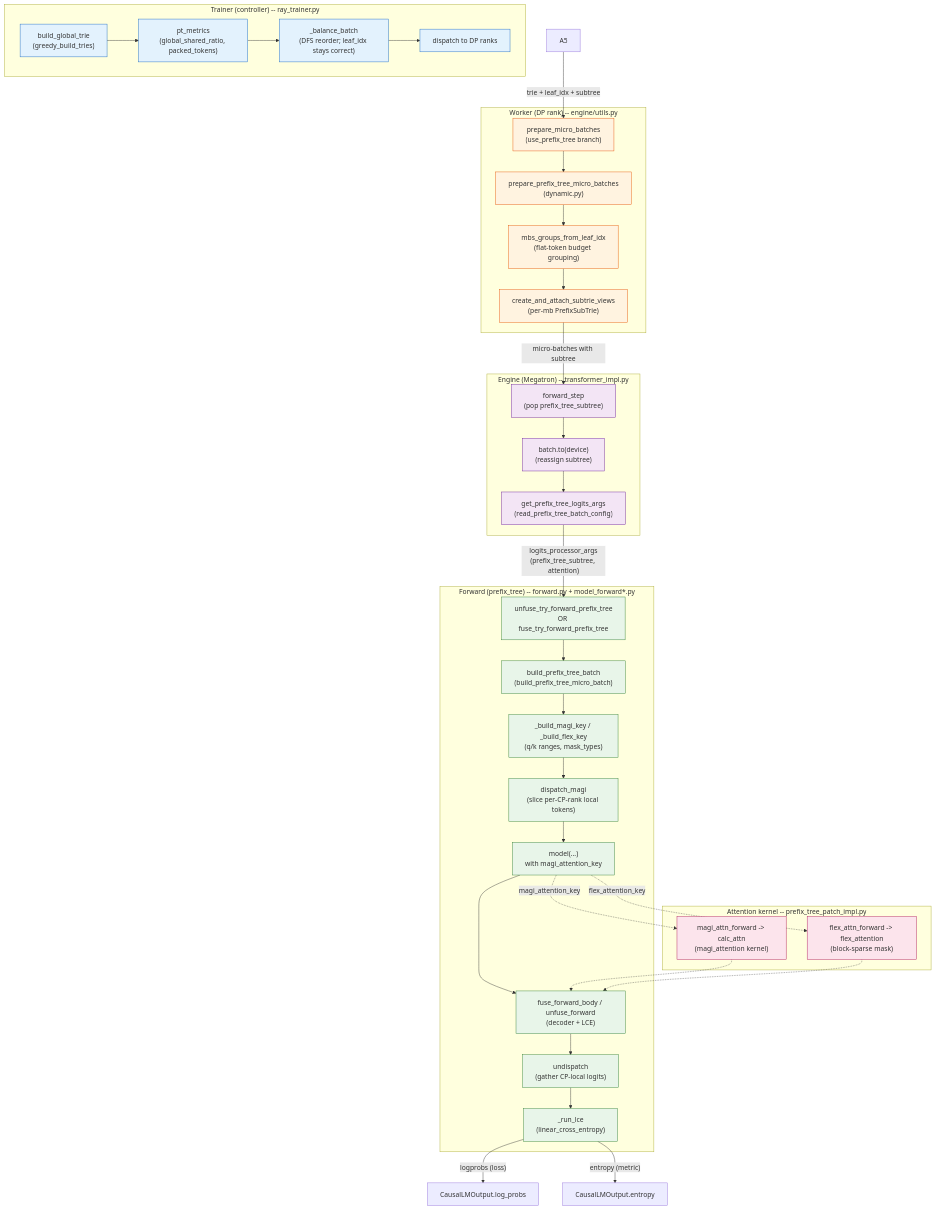
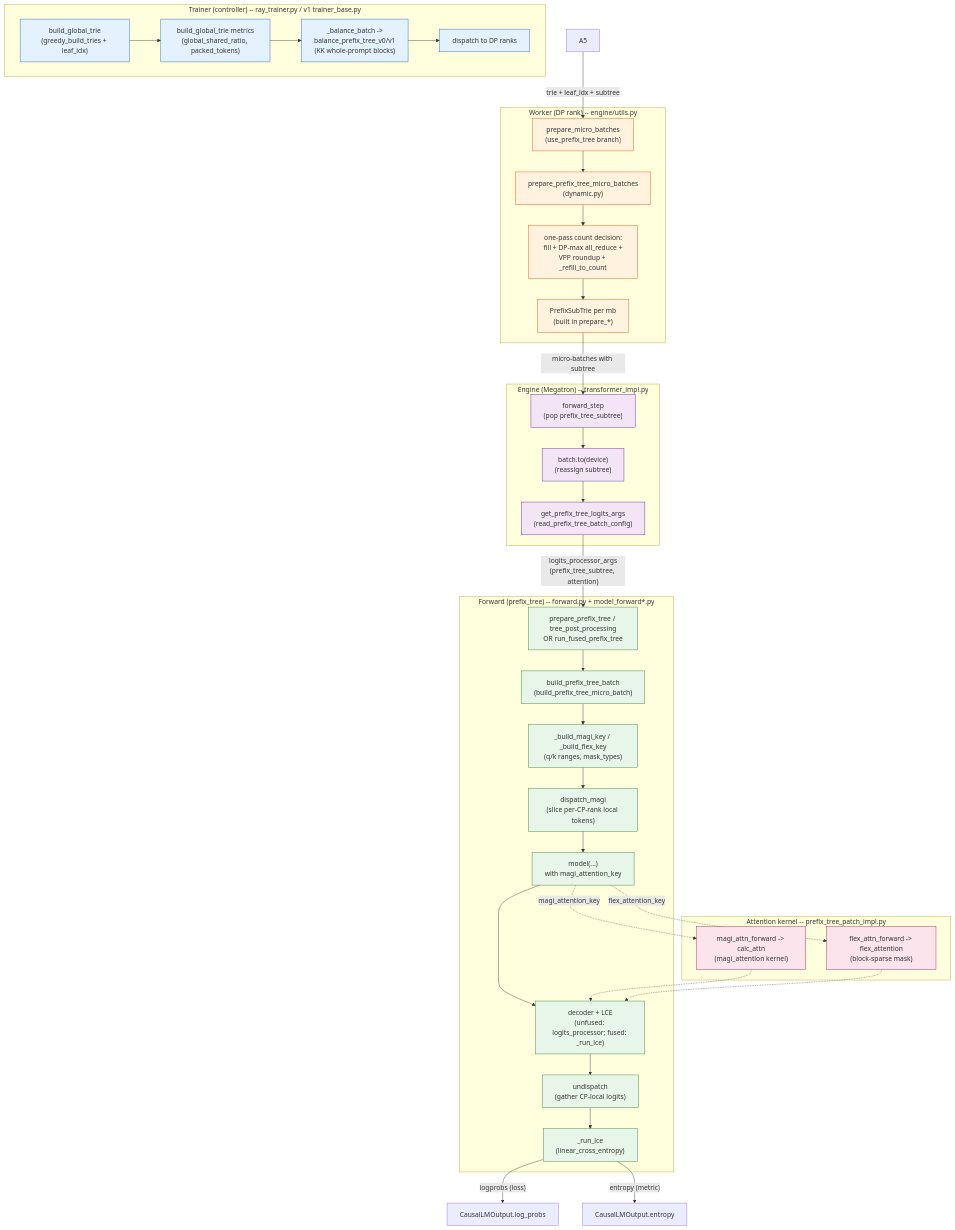
One commit to meituan-search/verl changed the diagram in verl/utils/prefix_tree/README.md. Above: the diagram before and after it, drawn with Mermaid. The commit also changed other lines of this file and 14 other files, not shown here.

````diff
--- a/verl/utils/prefix_tree/README.md
+++ b/verl/utils/prefix_tree/README.md
@@ -13,63 +13,63 @@
 ```mermaid
 graph TD
-    subgraph Trainer["Trainer (controller) -- ray_trainer.py"]
-        A1["build_global_trie<br/>(greedy_build_tries)"]
-        A2["pt_metrics<br/>(global_shared_ratio, packed_tokens)"]
-        A3["_balance_batch<br/>(DFS reorder; leaf_idx stays correct)"]
+    subgraph Trainer["Trainer (controller) -- ray_trainer.py / v1 trainer_base.py"]
+        A1["build_global_trie<br/>(greedy_build_tries + leaf_idx)"]
+        A2["build_global_trie metrics<br/>(global_shared_ratio, packed_tokens)"]
+        A3["_balance_batch -><br/>balance_prefix_tree_v0/v1<br/>(KK whole-prompt blocks)"]
         A4["dispatch to DP ranks"]
         A1 --> A2 --> A3 --> A4
     end
 
     subgraph Worker["Worker (DP rank) -- engine/utils.py"]
         B1["prepare_micro_batches<br/>(use_prefix_tree branch)"]
         B2["prepare_prefix_tree_micro_batches<br/>(dynamic.py)"]
-        B3["mbs_groups_from_leaf_idx<br/>(flat-token budget grouping)"]
-        B4["create_and_attach_subtrie_views<br/>(per-mb PrefixSubTrie)"]
+        B3["one-pass count decision:<br/>fill + DP-max all_reduce +<br/>VPP roundup + _refill_to_count"]
+        B4["PrefixSubTrie per mb<br/>(built in prepare_*)"]
         B1 --> B2 --> B3 --> B4
     end
 
     subgraph Engine["Engine (Megatron) -- transformer_impl.py"]
         C1["forward_step<br/>(pop prefix_tree_subtree)"]
         C2["batch.to(device)<br/>(reassign subtree)"]
         C3["get_prefix_tree_logits_args<br/>(read_prefix_tree_batch_config)"]
         C1 --> C2 --> C3
     end
 
     subgraph Forward["Forward (prefix_tree) -- forward.py + model_forward*.py"]
-        D1["unfuse_try_forward_prefix_tree<br/>OR fuse_try_forward_prefix_tree"]
+        D1["prepare_prefix_tree / tree_post_processing<br/>OR run_fused_prefix_tree"]
         D2["build_prefix_tree_batch<br/>(build_prefix_tree_micro_batch)"]
         D3["_build_magi_key / _build_flex_key<br/>(q/k ranges, mask_types)"]
         D4["dispatch_magi<br/>(slice per-CP-rank local tokens)"]
         D5["model(...)<br/>with magi_attention_key"]
-        D6["fuse_forward_body / unfuse_forward<br/>(decoder + LCE)"]
+        D6["decoder + LCE<br/>(unfused: logits_processor; fused: _run_lce)"]
         D7["undispatch<br/>(gather CP-local logits)"]
         D8["_run_lce<br/>(linear_cross_entropy)"]
         D1 --> D2 --> D3 --> D4 --> D5 --> D6 --> D7 --> D8
     end
 
     subgraph Attn["Attention kernel -- prefix_tree_patch_impl.py"]
         E1["magi_attn_forward -> calc_attn<br/>(magi_attention kernel)"]
         E2["flex_attn_forward -> flex_attention<br/>(block-sparse mask)"]
     end
 
     A5 -->|"trie + leaf_idx + subtree"| B1
     B4 -->|"micro-batches with subtree"| C1
     C3 -->|"logits_processor_args<br/>(prefix_tree_subtree, attention)"| D1
     D5 -.->|"magi_attention_key"| E1
     D5 -.->|"flex_attention_key"| E2
     E1 -.-> D6
     E2 -.-> D6
     D8 -->|"logprobs (loss)"| F1["CausalLMOutput.log_probs"]
     D8 -->|"entropy (metric)"| F2["CausalLMOutput.entropy"]
 
     classDef trainer fill:#e3f2fd,stroke:#1565c0;
     classDef worker fill:#fff3e0,stroke:#e65100;
     classDef engine fill:#f3e5f5,stroke:#6a1b9a;
     classDef forward fill:#e8f5e9,stroke:#2e7d32;
     classDef attn fill:#fce4ec,stroke:#ad1457;
     class A1,A2,A3,A4 trainer;
     class B1,B2,B3,B4 worker;
     class C1,C2,C3 engine;
     class D1,D2,D3,D4,D5,D6,D7,D8 forward;
     class E1,E2 attn;
 ```
````
